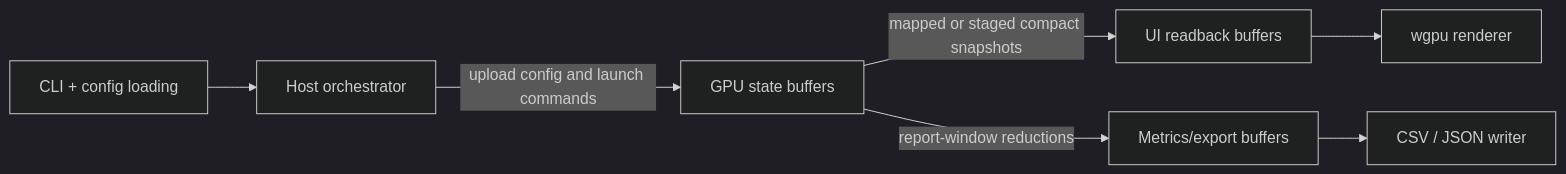
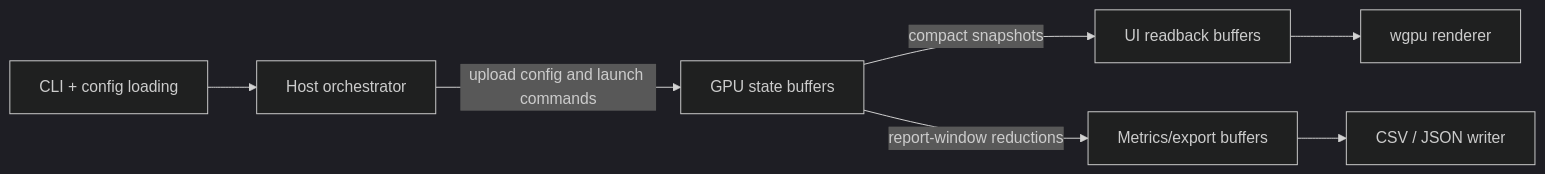
Before and after one commit to moon-aii/moonai: the fourth of 5 diagrams in docs/internals/architecture.md, drawn with Mermaid (dark theme). The commit also changed other lines of this file and 4 other files, not shown here.

````diff
--- a/docs/internals/architecture.md
+++ b/docs/internals/architecture.md
@@ -229,17 +229,17 @@
 ```mermaid
 flowchart LR
     CLI[CLI + config loading]
     HOST[Host orchestrator]
     GPUSTATE[GPU state buffers]
     UIBUF[UI readback buffers]
     METBUF[Metrics/export buffers]
     RENDER[wgpu renderer]
     FILES[CSV / JSON writer]
 
     CLI --> HOST
     HOST -->|upload config and launch commands| GPUSTATE
-    GPUSTATE -->|mapped or staged compact snapshots| UIBUF
+    GPUSTATE -->|compact snapshots| UIBUF
     GPUSTATE -->|report-window reductions| METBUF
     UIBUF --> RENDER
     METBUF --> FILES
 ```
````
